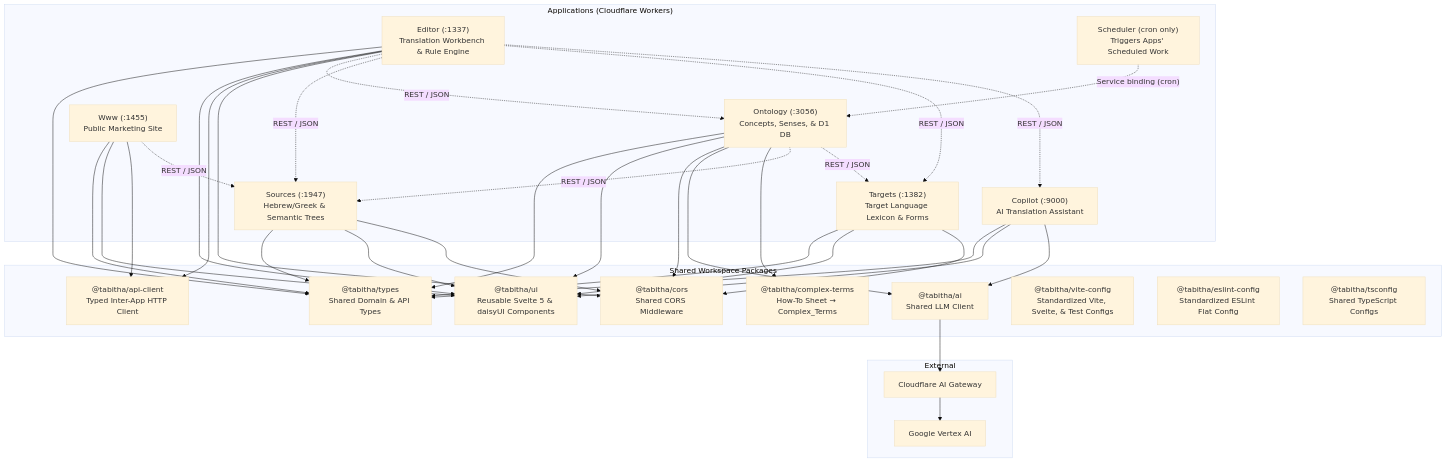
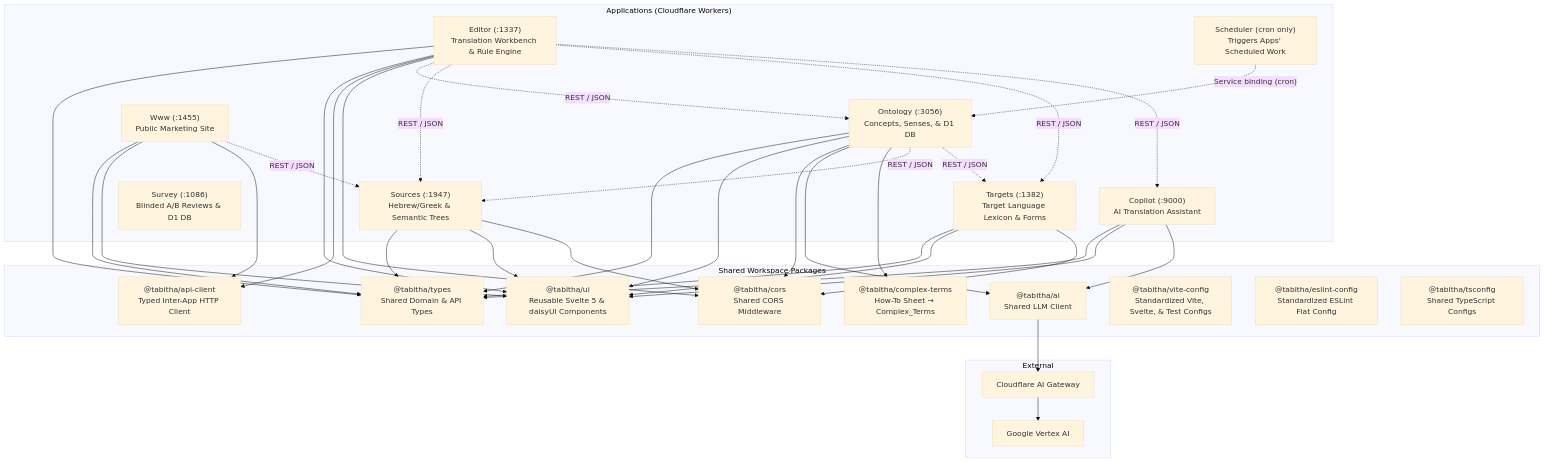
The diagram in CONTRIBUTING.md (CanIL-CA/tabitha), drawn with Mermaid (base theme) before and after one commit. The commit also changed other lines of this file and 137 other files, not shown here.

````diff
--- a/CONTRIBUTING.md
+++ b/CONTRIBUTING.md
@@ -11,62 +11,63 @@
 ```mermaid
 graph TD
 	subgraph Apps ["Applications (Cloudflare Workers)"]
 		Editor["Editor (:1337)<br/>Translation Workbench & Rule Engine"]
 		Ontology["Ontology (:3056)<br/>Concepts, Senses, & D1 DB"]
 		Sources["Sources (:1947)<br/>Hebrew/Greek & Semantic Trees"]
 		Targets["Targets (:1382)<br/>Target Language Lexicon & Forms"]
 		Copilot["Copilot (:9000)<br/>AI Translation Assistant"]
 		Www["Www (:1455)<br/>Public Marketing Site"]
+		Survey["Survey (:1086)<br/>Blinded A/B Reviews & D1 DB"]
 		Scheduler["Scheduler (cron only)<br/>Triggers Apps' Scheduled Work"]
 	end
 
 	subgraph SharedPackages ["Shared Workspace Packages"]
 		Types["@tabitha/types<br/>Shared Domain & API Types"]
 		UI["@tabitha/ui<br/>Reusable Svelte 5 & daisyUI Components"]
 		ApiClient["@tabitha/api-client<br/>Typed Inter-App HTTP Client"]
 		Cors["@tabitha/cors<br/>Shared CORS Middleware"]
 		ComplexTerms["@tabitha/complex-terms<br/>How-To Sheet → Complex_Terms"]
 		AI["@tabitha/ai<br/>Shared LLM Client"]
 		ViteConfig["@tabitha/vite-config<br/>Standardized Vite, Svelte, & Test Configs"]
 		ESLintConfig["@tabitha/eslint-config<br/>Standardized ESLint Flat Config"]
 		TSConfig["@tabitha/tsconfig<br/>Shared TypeScript Configs"]
 	end
 
 	subgraph External ["External"]
 		Gateway["Cloudflare AI Gateway"]
 		Vertex["Google Vertex AI"]
 	end
 
 	Editor --> Types
 	Editor --> UI
 	Editor --> ApiClient
 	Editor --> Cors
 	Ontology --> Types
 	Ontology --> UI
 	Ontology --> Cors
 	Ontology --> AI
 	Ontology --> ComplexTerms
 	Sources --> Types
 	Sources --> UI
 	Sources --> Cors
 	Targets --> Types
 	Targets --> UI
 	Targets --> Cors
 	Copilot --> Types
 	Copilot --> UI
 	Copilot --> AI
 	Www --> Types
 	Www --> UI
 	Www --> ApiClient
 
 	Editor -.->|"REST / JSON"| Ontology
 	Editor -.->|"REST / JSON"| Sources
 	Editor -.->|"REST / JSON"| Targets
 	Editor -.->|"REST / JSON"| Copilot
 	Ontology -.->|"REST / JSON"| Sources
 	Ontology -.->|"REST / JSON"| Targets
 	Www -.->|"REST / JSON"| Sources
 	Scheduler -.->|"Service binding (cron)"| Ontology
 
 	AI --> Gateway --> Vertex
 ```
````
